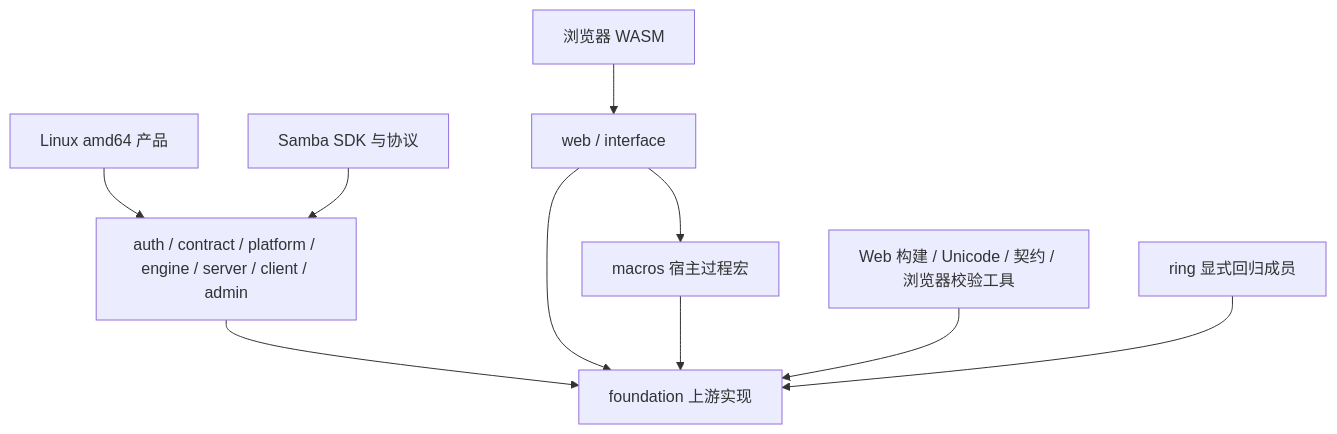
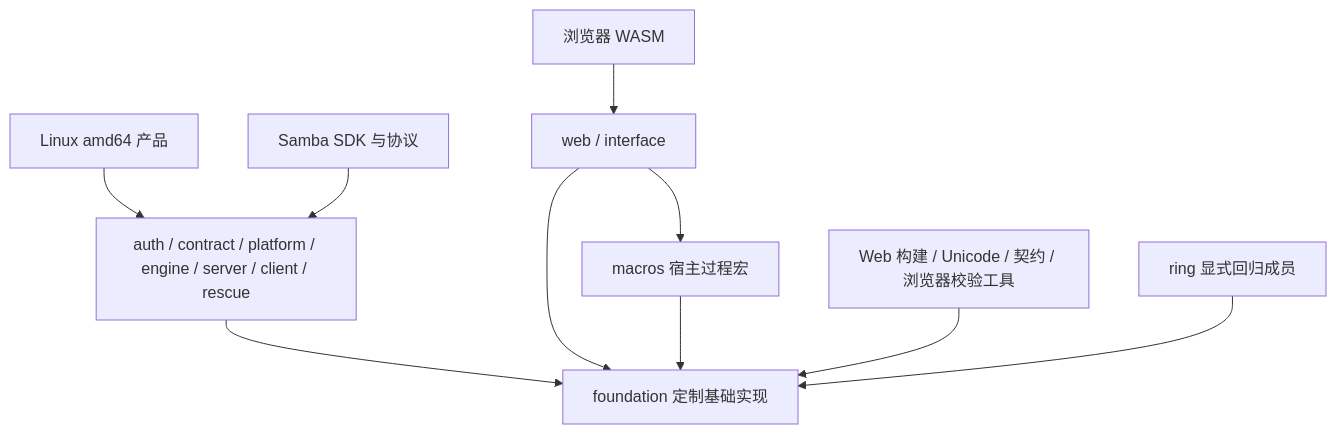
The diagram in docs/architecture/foundation-consumers.md (isarmg/xcs), drawn with Mermaid before and after one commit. The commit also changed other lines of this file and 60 other files, not shown here.

````diff
--- a/docs/architecture/foundation-consumers.md
+++ b/docs/architecture/foundation-consumers.md
@@ -7,12 +7,12 @@
 ```mermaid
 flowchart TD
-  native[Linux amd64 产品] --> storage[auth / contract / platform / engine / server / client / admin]
+  native[Linux amd64 产品] --> storage[auth / contract / platform / engine / server / client / rescue]
   smb[Samba SDK 与协议] --> storage
   browser[浏览器 WASM] --> web[web / interface]
   web --> macros[macros 宿主过程宏]
-  storage --> foundation[foundation 上游实现]
+  storage --> foundation[foundation 定制基础实现]
   web --> foundation
   macros --> foundation
   tools[Web 构建 / Unicode / 契约 / 浏览器校验工具] --> foundation
   ring[ring 显式回归成员] --> foundation
 ```
````
